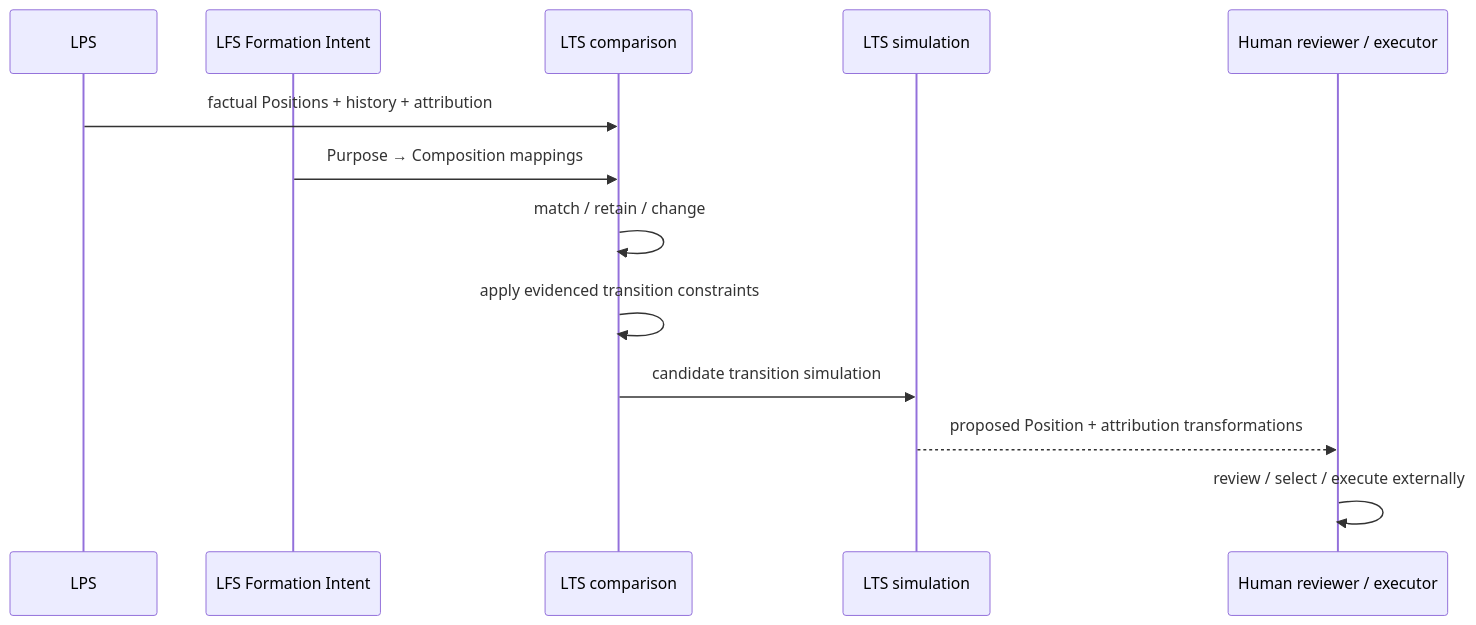
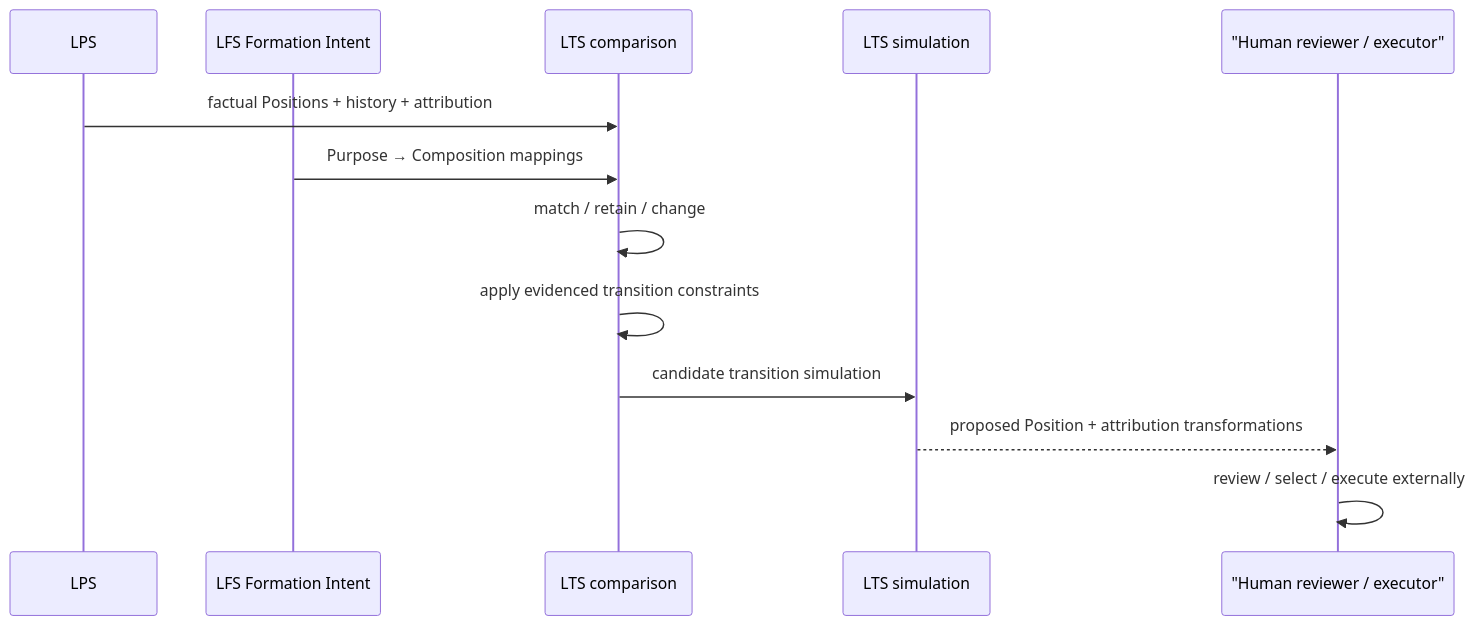
Diagram 11 of 14 in docs/Lakshya_Pipeline_Sequence.md (rrajeshkannan/lakshya), drawn with Mermaid before and after one commit. The commit also changed other lines of this file and 5 other files, not shown here.

Commit message:
docs: add comprehensive Lakshya architecture documentation

````diff
--- a/docs/Lakshya_Pipeline_Sequence.md
+++ b/docs/Lakshya_Pipeline_Sequence.md
@@ -684,16 +685,16 @@
 ```mermaid
 sequenceDiagram
     participant LPS as LPS
     participant Intent as LFS Formation Intent
     participant Compare as LTS comparison
     participant Sim as LTS simulation
-    participant Human as Human reviewer / executor
+    participant Human as "Human reviewer / executor"
 
     LPS->>Compare: factual Positions + history + attribution
     Intent->>Compare: Purpose → Composition mappings
     Compare->>Compare: match / retain / change
     Compare->>Compare: apply evidenced transition constraints
     Compare->>Sim: candidate transition simulation
     Sim-->>Human: proposed Position + attribution transformations
     Human->>Human: review / select / execute externally
 ```
````
